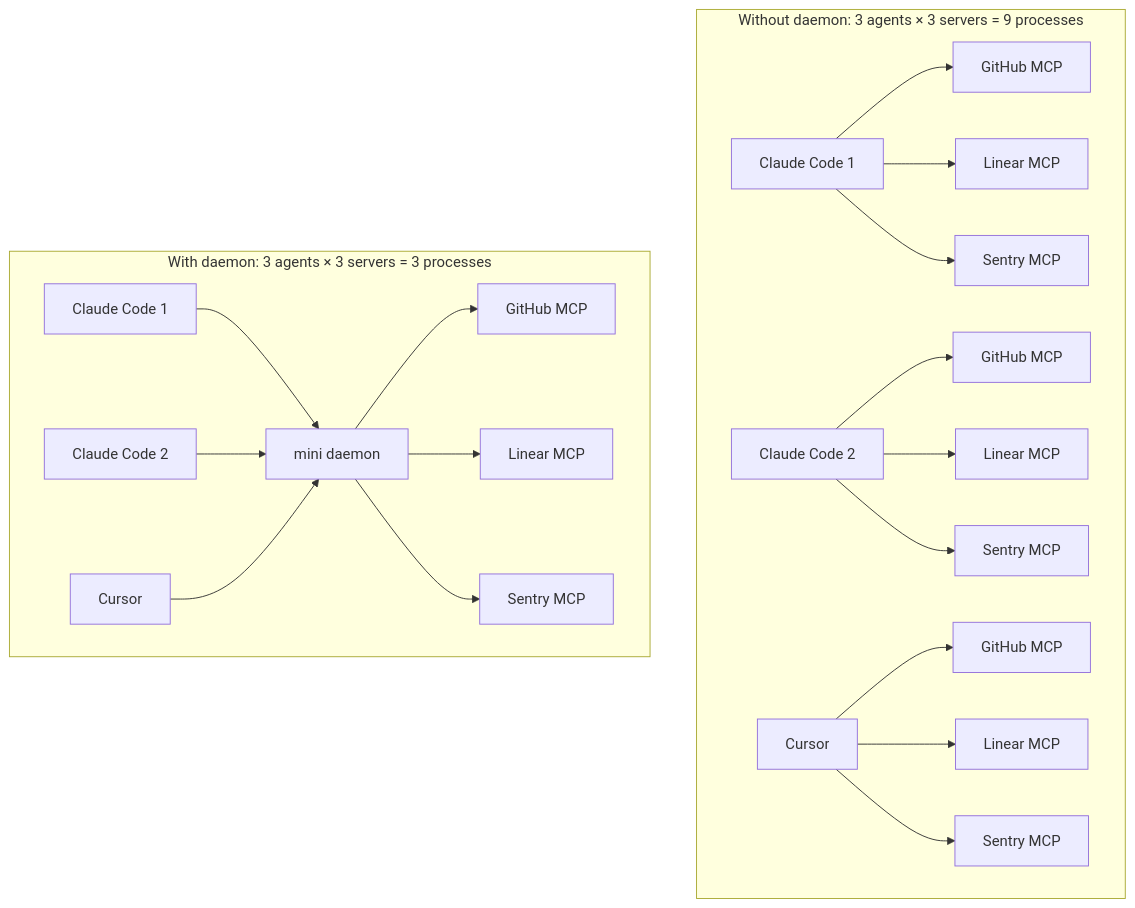
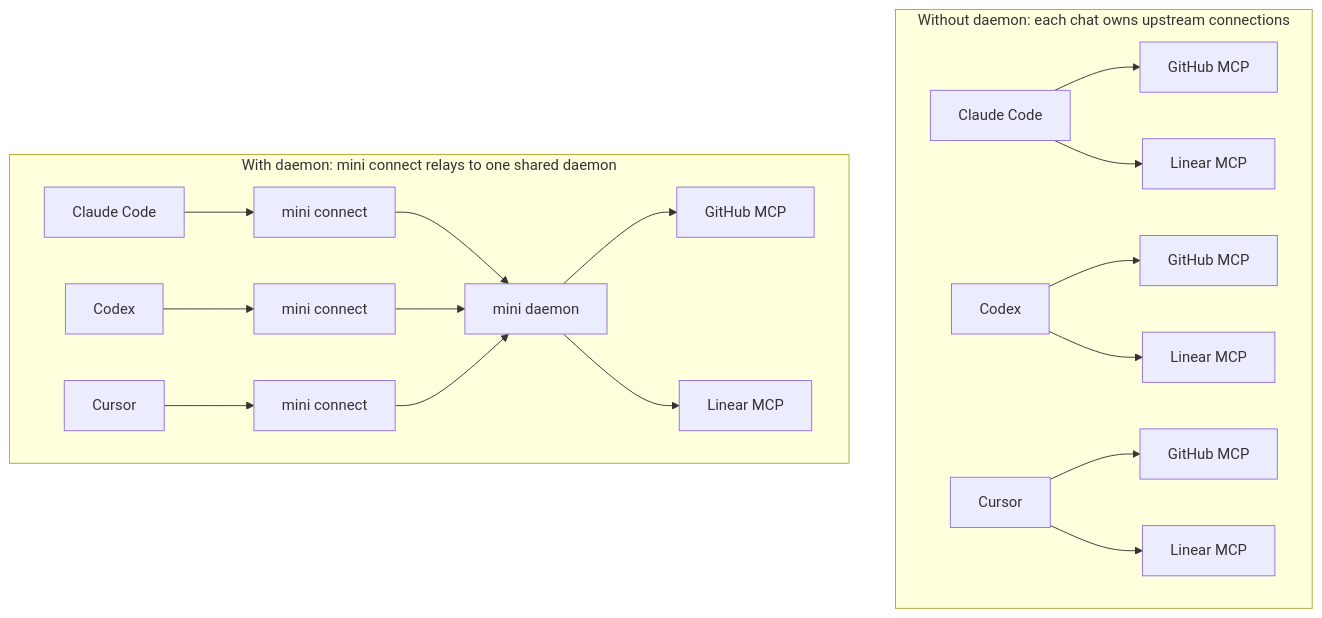
One commit to mcpmini/mini changed the second of 2 diagrams in README.md. Above: the diagram before and after it, drawn with Mermaid. The commit also changed other lines of this file and 10 other files, not shown here.

````diff
--- a/README.md
+++ b/README.md
@@ -231,25 +170,24 @@
 ```mermaid
 graph TB
-    subgraph before["Without daemon: 3 agents × 3 servers = 9 processes"]
+    subgraph before["Without daemon: each chat owns upstream connections"]
         direction LR
-        a1[Claude Code 1] --> g1[GitHub MCP]
+        a1[Claude Code] --> g1[GitHub MCP]
         a1 --> l1[Linear MCP]
-        a1 --> s1[Sentry MCP]
-        a2[Claude Code 2] --> g2[GitHub MCP]
+        a2[Codex] --> g2[GitHub MCP]
         a2 --> l2[Linear MCP]
-        a2 --> s2[Sentry MCP]
         a3[Cursor] --> g3[GitHub MCP]
         a3 --> l3[Linear MCP]
-        a3 --> s3[Sentry MCP]
     end
 
-    subgraph after["With daemon: 3 agents × 3 servers = 3 processes"]
+    subgraph after["With daemon: mini connect relays to one shared daemon"]
         direction LR
-        b1[Claude Code 1] --> d[mini daemon]
-        b2[Claude Code 2] --> d
-        b3[Cursor] --> d
+        b1[Claude Code] --> p1[mini connect]
+        b2[Codex] --> p2[mini connect]
+        b3[Cursor] --> p3[mini connect]
+        p1 --> d[mini daemon]
+        p2 --> d
+        p3 --> d
         d --> bg[GitHub MCP]
         d --> bl[Linear MCP]
-        d --> bs[Sentry MCP]
     end
 ```
````
